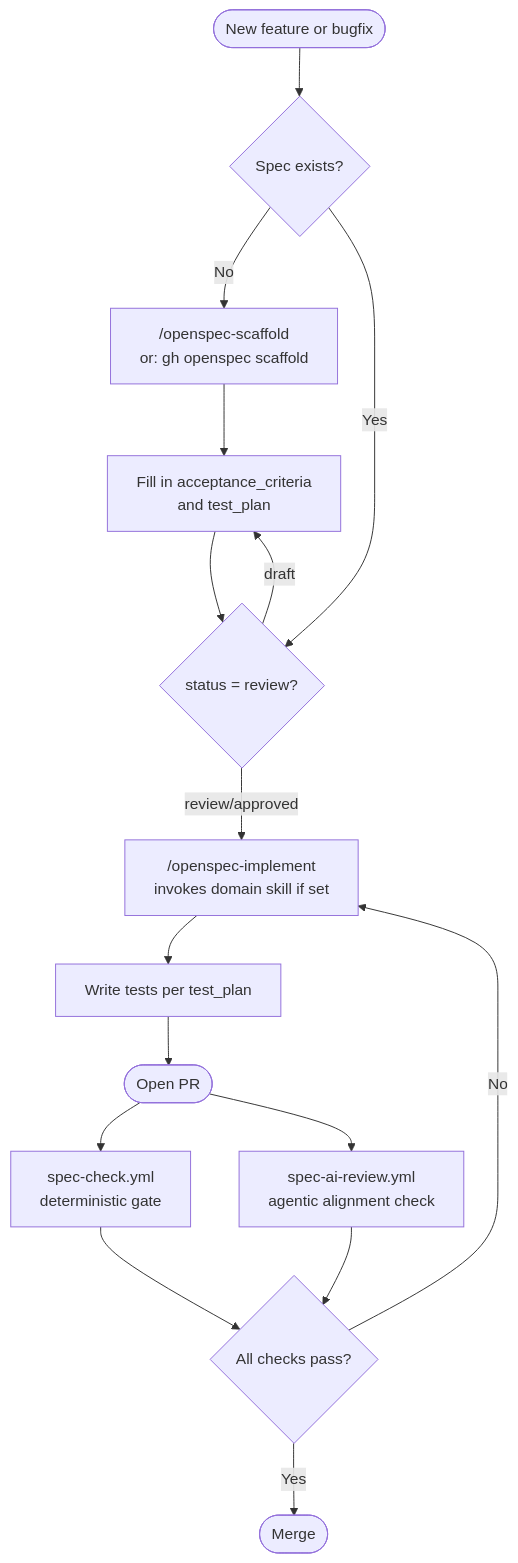
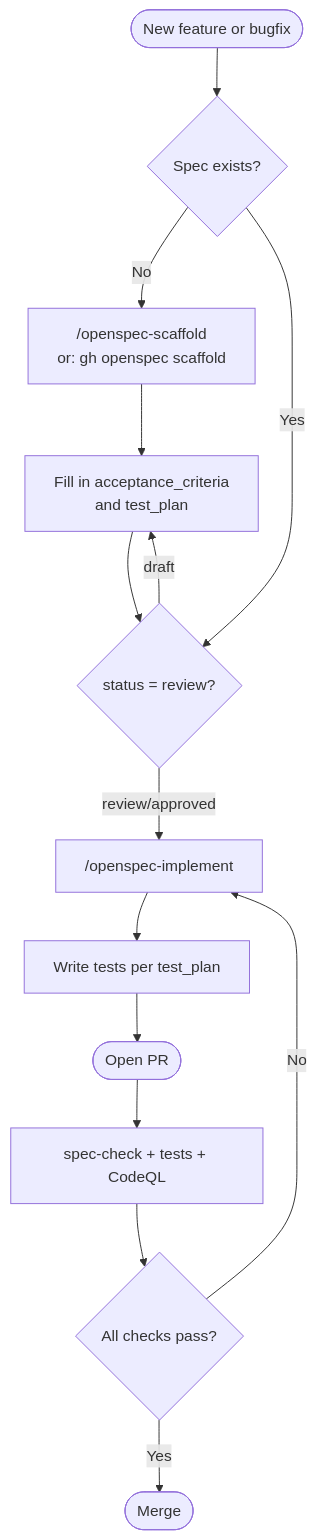
Before and after one commit to arananet/agent_capsule: the second of 2 diagrams in README.md, drawn with Mermaid. The commit also changed other lines of this file, not shown here.

````diff
--- a/README.md
+++ b/README.md
@@ -212,18 +220,16 @@
 ```mermaid
 flowchart TD
     A([New feature or bugfix]) --> B{Spec exists?}
     B -- No --> C["/openspec-scaffold\nor: gh openspec scaffold"]
     C --> D[Fill in acceptance_criteria\nand test_plan]
     D --> E{status = review?}
     B -- Yes --> E
     E -- draft --> D
-    E -- review/approved --> F["/openspec-implement\ninvokes domain skill if set"]
+    E -- review/approved --> F["/openspec-implement"]
     F --> G[Write tests per test_plan]
     G --> H([Open PR])
-    H --> I[spec-check.yml\ndeterministic gate]
-    H --> J[spec-ai-review.yml\nagentic alignment check]
-    I --> K{All checks pass?}
-    J --> K
-    K -- No --> F
-    K -- Yes --> L([Merge])
+    H --> I[spec-check + tests + CodeQL]
+    I --> J{All checks pass?}
+    J -- No --> F
+    J -- Yes --> L([Merge])
 ```
````
